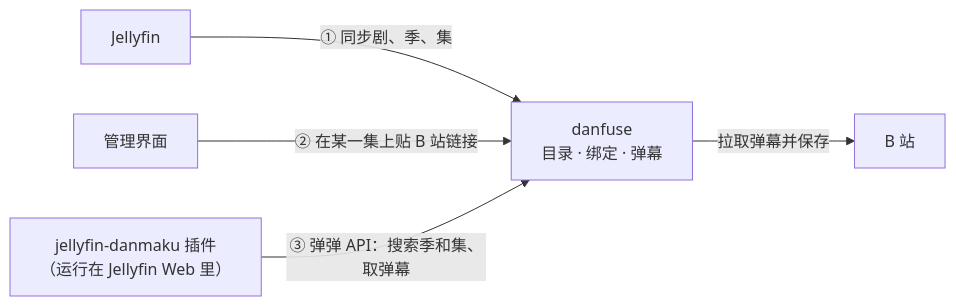
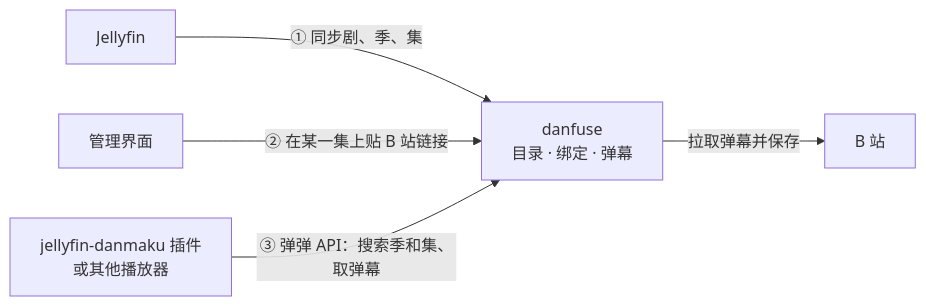
One commit to kzw200015/danfuse changed the diagram in README.md. Above: the diagram before and after it, drawn with Mermaid. The commit also changed other lines of this file and 30 other files, not shown here.

````diff
--- a/README.md
+++ b/README.md
@@ -19,7 +19,7 @@
 ```mermaid
 flowchart LR
     jellyfin["Jellyfin"] -->|"① 同步剧、季、集"| danfuse["danfuse<br/>目录 · 绑定 · 弹幕"]
     admin["管理界面"] -->|"② 在某一集上贴 B 站链接"| danfuse
     danfuse -->|"拉取弹幕并保存"| bilibili["B 站"]
-    plugin["jellyfin-danmaku 插件<br/>（运行在 Jellyfin Web 里）"] -->|"③ 弹弹 API：搜索季和集、取弹幕"| danfuse
+    plugin["jellyfin-danmaku 插件<br/>或其他播放器"] -->|"③ 弹弹 API：搜索季和集、取弹幕"| danfuse
 ```
````
